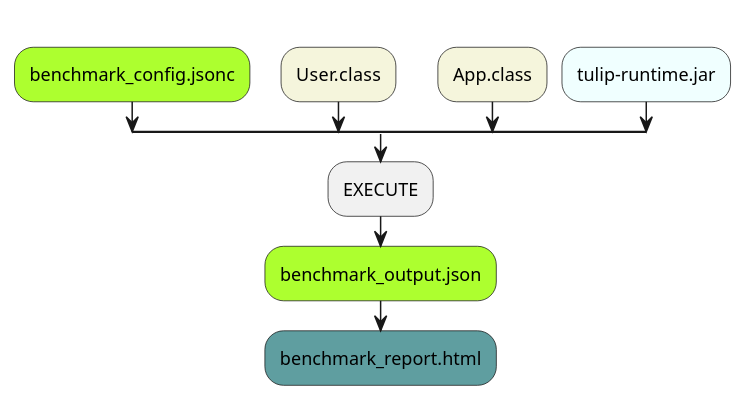
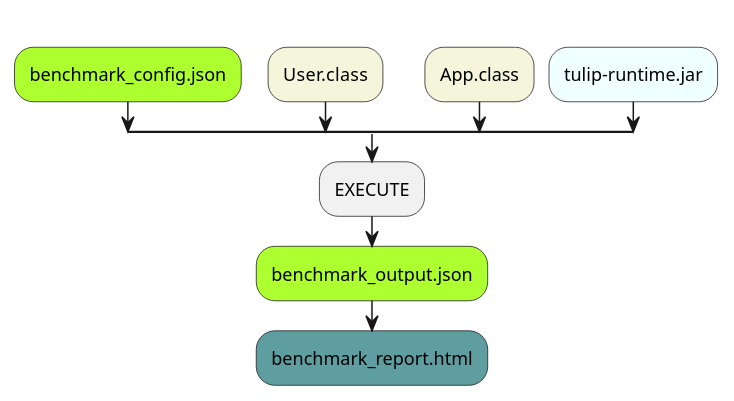
Before and after one commit to wfouche/Tulip-docs: the diagram in modules/ROOT/pages/index.adoc, drawn with PlantUML. The commit also changed 1 other file, not shown here.

Commit message:
Renamed jsonc to json

```diff
--- a/modules/ROOT/pages/index.adoc
+++ b/modules/ROOT/pages/index.adoc
@@ -16,21 +16,21 @@
 [plantuml,diag00,svg]
 ----
 @startuml
 split
    -[hidden]->
-   #greenyellow:benchmark_config.jsonc;
+   #greenyellow:benchmark_config.json;
 split again
    -[hidden]->
    #beige:User.class;
 split again
    -[hidden]->
    #beige:App.class;
 split again
    -[hidden]->
    #azure:tulip-runtime.jar;
 end split
 :EXECUTE;
 #greenyellow:benchmark_output.json;
 #cadetblue:benchmark_report.html;
 @enduml
 ----
```
